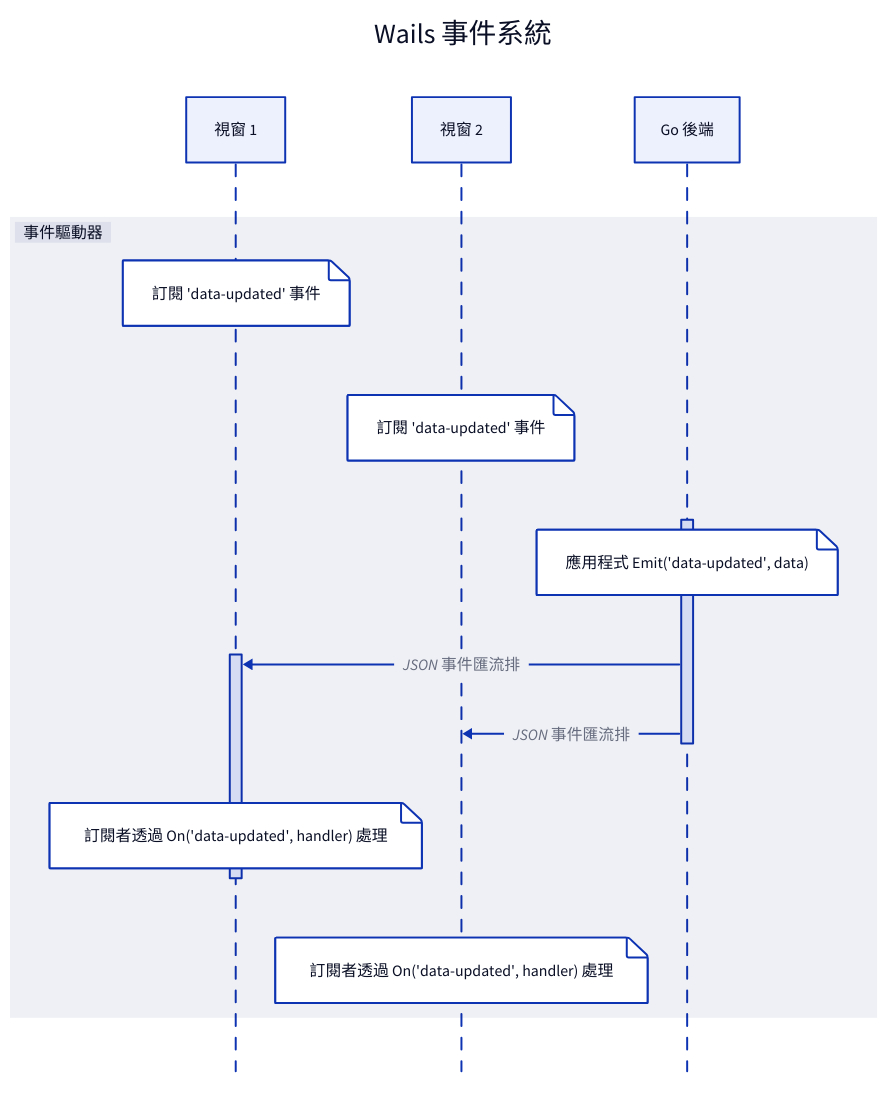
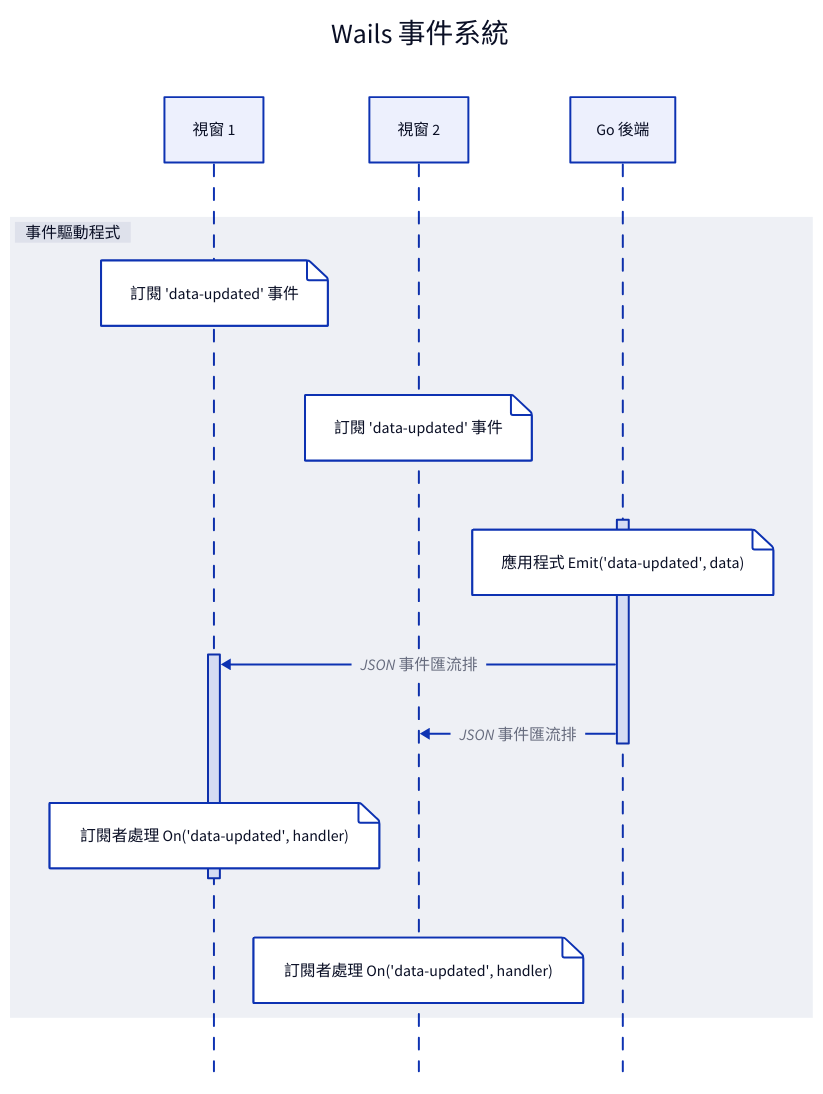
The third of 8 diagrams in docs/mpress/content/zh-tw/concepts/architecture.md (wailsapp/wails), drawn with D2 before and after one commit. The commit also changed other lines of this file and 1096 other files, not shown here.

````diff
--- a/docs/mpress/content/zh-tw/concepts/architecture.md
+++ b/docs/mpress/content/zh-tw/concepts/architecture.md
@@ -204,24 +204,24 @@
 ```d2
 direction: left
 
 Wails Event System: Wails 事件系統 {
   shape: sequence_diagram
 
   window1: 視窗 1
   window2: 視窗 2
   backend: Go 後端
 
-  Event Driver: 事件驅動器 {
+  Event Driver: 事件驅動程式 {
     shape: sequence_diagram
     window1."Subscribe to 'data-updated' events": "訂閱 'data-updated' 事件"
     window2."Subscribe to 'data-updated' events": "訂閱 'data-updated' 事件"
     backend.a."App Emit('data-updated', data)": "應用程式 Emit('data-updated', data)"
     backend.a -> window1.a: JSON 事件匯流排
     backend.a -> window2: JSON 事件匯流排
-    window1.a."Subscriber processes On('data-updated', handler)": "訂閱者透過 On('data-updated', handler) 處理"
-    window2."Subscriber processes On('data-updated', handler)": "訂閱者透過 On('data-updated', handler) 處理"
+    window1.a."Subscriber processes On('data-updated', handler)": "訂閱者處理 On('data-updated', handler)"
+    window2."Subscriber processes On('data-updated', handler)": "訂閱者處理 On('data-updated', handler)"
   }
   backend.a.label: a
   window1.a.label: a
 }
 ```
````
